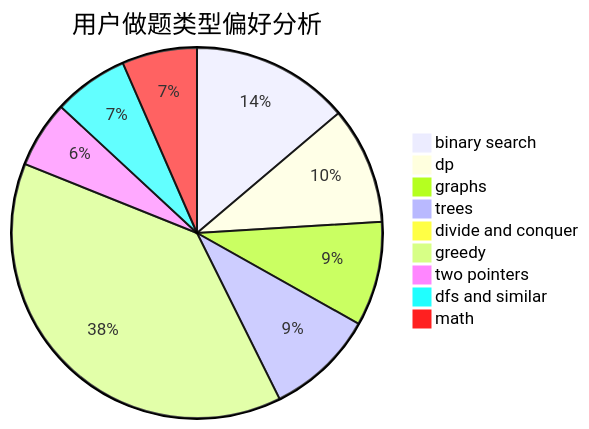
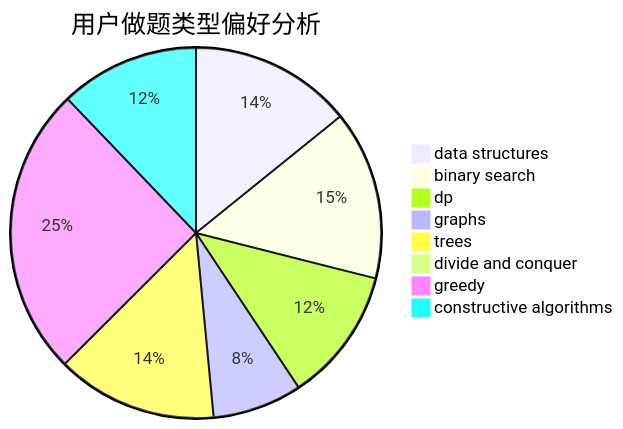
One commit to sherpahu/cfrs.github.io changed the second of 3 diagrams in docs/user/u391.md. Above: the diagram before and after it, drawn with Mermaid. The commit also changed other lines of this file and 2775 other files, not shown here.

````diff
--- a/docs/user/u391.md
+++ b/docs/user/u391.md
@@ -23,12 +23,11 @@
 ```mermaid
 pie title 用户做题类型偏好分析
-    "binary search" :  173
-    "dp" :  128
-    "graphs" :  114
-    "trees" :  119
-    "divide and conquer" :  8
-    "greedy" :  481
-    "two pointers" :  73
-    "dfs and similar" :  82
-    "math" :  82
+    "data structures" :  98
+    "binary search" :  102
+    "dp" :  81
+    "graphs" :  54
+    "trees" :  97
+    "divide and conquer" :  0
+    "greedy" :  175
+    "constructive algorithms" :  84
 ```
````
